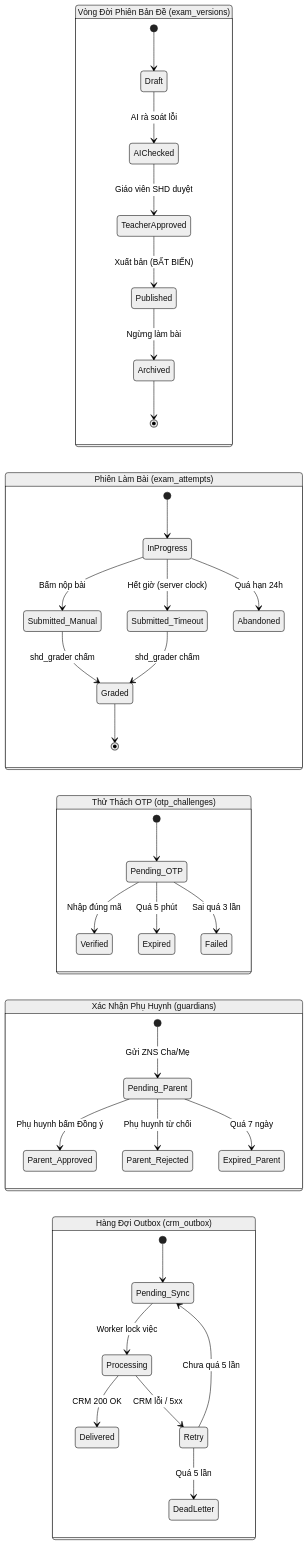
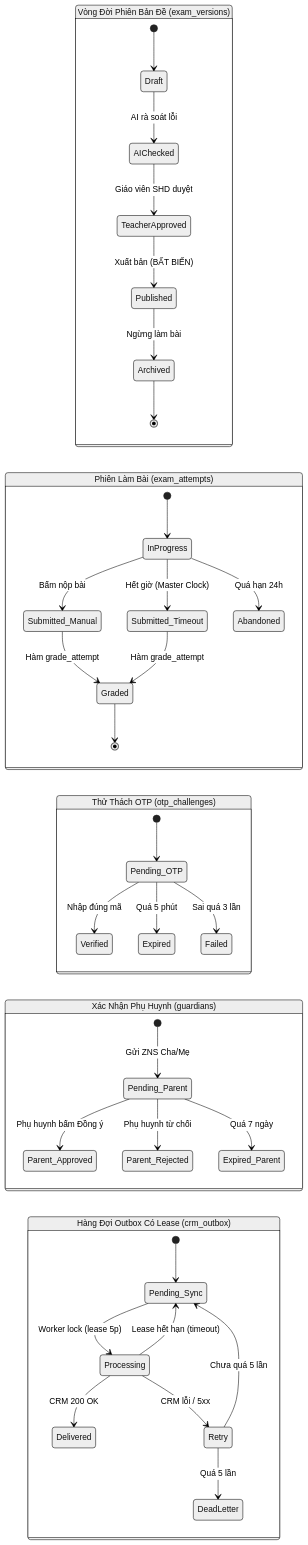
One commit to hoangthanhpro97/shd-tuhoctiengduc changed the sixth of 7 diagrams in docs/architecture/02-data-model.md. Above: the diagram before and after it, drawn with Mermaid (neutral theme). The commit also changed other lines of this file, not shown here.

Commit message:
docs(architecture): upgrade data model to v1.1 with grading pipeline, section timers, and security controls

````diff
--- a/docs/architecture/02-data-model.md
+++ b/docs/architecture/02-data-model.md
@@ -696,46 +873,47 @@
 ```mermaid
 stateDiagram-v2
     direction LR
 
     state "Vòng Đời Phiên Bản Đề (exam_versions)" as SM_Exam {
         [*] --> Draft
         Draft --> AIChecked : AI rà soát lỗi
         AIChecked --> TeacherApproved : Giáo viên SHD duyệt
         TeacherApproved --> Published : Xuất bản (BẤT BIẾN)
         Published --> Archived : Ngừng làm bài
         Archived --> [*]
     }
 
     state "Phiên Làm Bài (exam_attempts)" as SM_Attempt {
         [*] --> InProgress
         InProgress --> Submitted_Manual : Bấm nộp bài
-        InProgress --> Submitted_Timeout : Hết giờ (server clock)
+        InProgress --> Submitted_Timeout : Hết giờ (Master Clock)
         InProgress --> Abandoned : Quá hạn 24h
-        Submitted_Manual --> Graded : shd_grader chấm
-        Submitted_Timeout --> Graded : shd_grader chấm
+        Submitted_Manual --> Graded : Hàm grade_attempt
+        Submitted_Timeout --> Graded : Hàm grade_attempt
         Graded --> [*]
     }
 
     state "Thử Thách OTP (otp_challenges)" as SM_OTP {
         [*] --> Pending_OTP
         Pending_OTP --> Verified : Nhập đúng mã
         Pending_OTP --> Expired : Quá 5 phút
         Pending_OTP --> Failed : Sai quá 3 lần
     }
 
     state "Xác Nhận Phụ Huynh (guardians)" as SM_Guardian {
         [*] --> Pending_Parent : Gửi ZNS Cha/Mẹ
         Pending_Parent --> Parent_Approved : Phụ huynh bấm Đồng ý
         Pending_Parent --> Parent_Rejected : Phụ huynh từ chối
         Pending_Parent --> Expired_Parent : Quá 7 ngày
     }
 
-    state "Hàng Đợi Outbox (crm_outbox)" as SM_Outbox {
+    state "Hàng Đợi Outbox Có Lease (crm_outbox)" as SM_Outbox {
         [*] --> Pending_Sync
-        Pending_Sync --> Processing : Worker lock việc
+        Pending_Sync --> Processing : Worker lock (lease 5p)
         Processing --> Delivered : CRM 200 OK
+        Processing --> Pending_Sync : Lease hết hạn (timeout)
         Processing --> Retry : CRM lỗi / 5xx
         Retry --> Pending_Sync : Chưa quá 5 lần
         Retry --> DeadLetter : Quá 5 lần
     }
 ```
````
